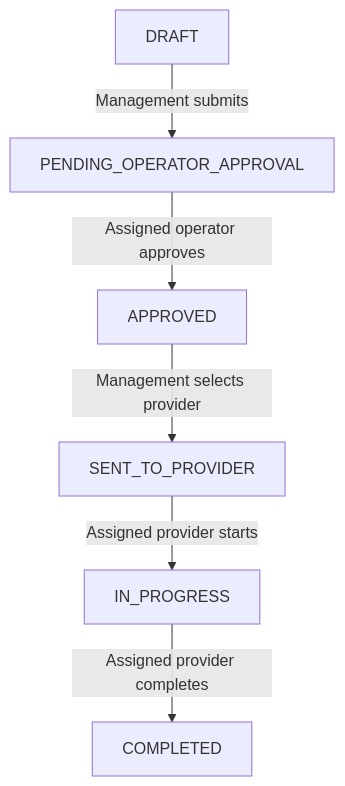
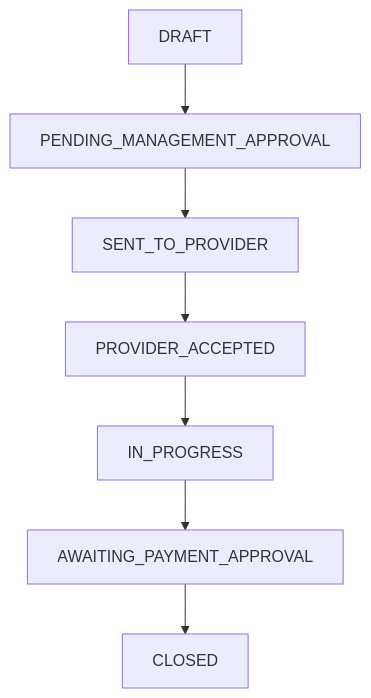
One commit to 2023t01635-eng/maintenance-report-system changed the diagram in README.md. Above: the diagram before and after it, drawn with Mermaid. The commit also changed other lines of this file and 38 other files, not shown here.

Commit message:
feat: complete service, payment and reporting workflows

````diff
--- a/README.md
+++ b/README.md
@@ -50,8 +24,9 @@
 ```mermaid
 flowchart TD
-  Draft[DRAFT] -->|Management submits| Pending[PENDING_OPERATOR_APPROVAL]
-  Pending -->|Assigned operator approves| Approved[APPROVED]
-  Approved -->|Management selects provider| Sent[SENT_TO_PROVIDER]
-  Sent -->|Assigned provider starts| Progress[IN_PROGRESS]
-  Progress -->|Assigned provider completes| Complete[COMPLETED]
+  Draft[DRAFT] --> Review[PENDING_MANAGEMENT_APPROVAL]
+  Review --> Sent[SENT_TO_PROVIDER]
+  Sent --> Accepted[PROVIDER_ACCEPTED]
+  Accepted --> Progress[IN_PROGRESS]
+  Progress --> Payment[AWAITING_PAYMENT_APPROVAL]
+  Payment --> Closed[CLOSED]
 ```
````
